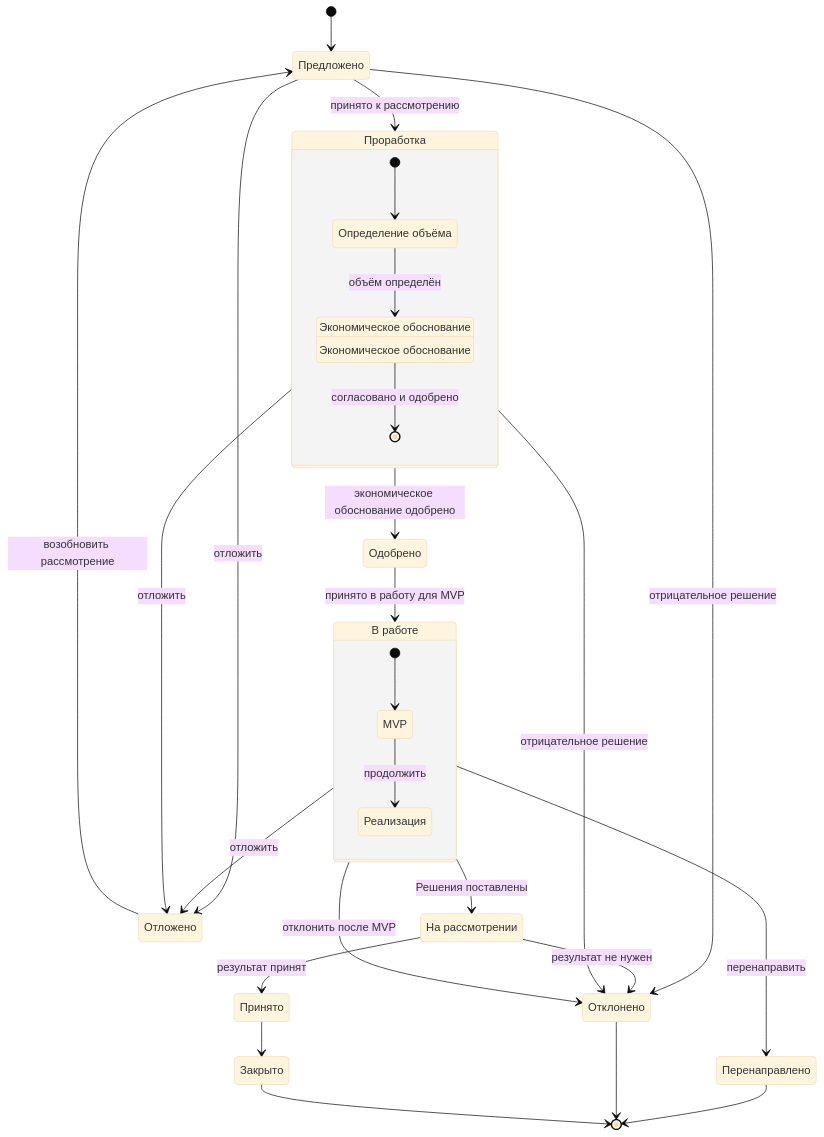
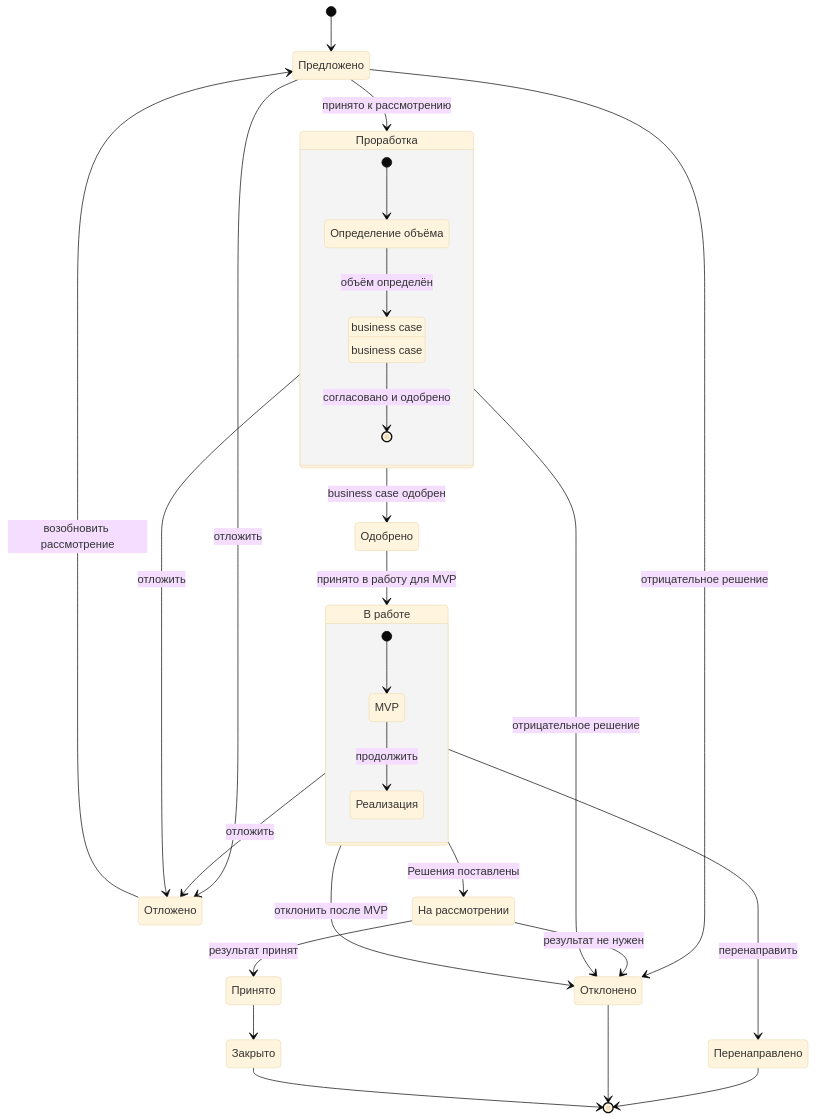
The sixth of 8 diagrams in charter/ru/documents/portfolio-management-model.md (devhogu/ob-aicc), drawn with Mermaid (base theme) before and after one commit. The commit also changed other lines of this file and 768 other files, not shown here.

````diff
--- a/charter/ru/documents/portfolio-management-model.md
+++ b/charter/ru/documents/portfolio-management-model.md
@@ -174,45 +174,45 @@
 ```mermaid
 stateDiagram-v2
   state "Предложено" as Proposed
   state "Проработка" as Discovery
   state "Определение объёма" as Scoping
-  state "Экономическое обоснование" as BusinessCase
+  state "business case" as BusinessCase
   state "Одобрено" as Approved
   state "В работе" as Active
   state "Реализация" as Implementation
   state "Отклонено" as Rejected
   state "Перенаправлено" as Pivoted
   state "Отложено" as Deferred
   state "На рассмотрении" as Review
   state "Принято" as Accepted
   state "Закрыто" as Closed
   [*] --> Proposed
   Proposed --> Discovery: принято к рассмотрению
   state Discovery {
     [*] --> Scoping
     Scoping --> BusinessCase: объём определён
-    BusinessCase: Экономическое обоснование
+    BusinessCase: business case
     BusinessCase --> [*]: согласовано и одобрено
   }
   Proposed --> Rejected: отрицательное решение
   Discovery --> Rejected: отрицательное решение
-  Discovery --> Approved: экономическое обоснование одобрено
+  Discovery --> Approved: business case одобрен
   Approved --> Active: принято в работу для MVP
   state Active {
     [*] --> MVP
     MVP --> Implementation: продолжить
   }
   Active --> Rejected: отклонить после MVP
   Active --> Pivoted: перенаправить
   Active --> Deferred: отложить
   Active --> Review: Решения поставлены
   Review --> Accepted: результат принят
   Review --> Rejected: результат не нужен
   Accepted --> Closed
   Proposed --> Deferred: отложить
   Discovery --> Deferred: отложить
   Deferred --> Proposed: возобновить рассмотрение
   Pivoted --> [*]
   Rejected --> [*]
   Closed --> [*]
 ```
````
